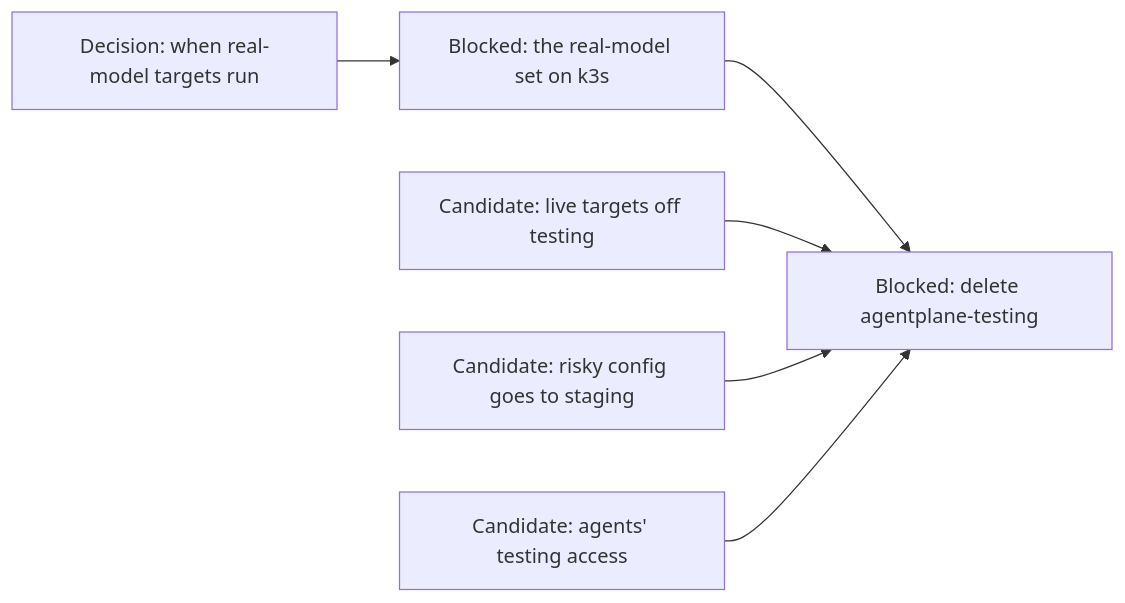
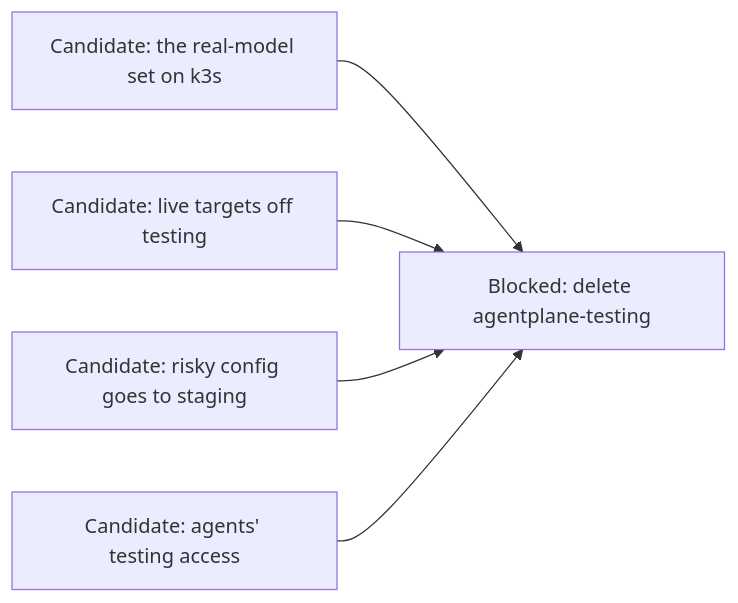
Diagram 18 of 19 in agentplane/plans/task_dag.md (agentydragon-agent/ducktape), drawn with Mermaid before and after one commit. The commit also changed other lines of this file and 1 other file, not shown here.

First line of the commit message:
agentplane: real-model system tests reuse the live-openai key

````diff
--- a/agentplane/plans/task_dag.md
+++ b/agentplane/plans/task_dag.md
@@ -1933,14 +1932,12 @@
 ```mermaid
 flowchart LR
-    K3S_MODEL_CREDENTIALS[Decision: when real-model targets run]
-    K3S_MODEL_SCENARIOS[Blocked: the real-model set on k3s]
+    K3S_MODEL_SCENARIOS[Candidate: the real-model set on k3s]
     LIVE_TARGETS_OFF_TESTING[Candidate: live targets off testing]
     STAGING_FIRST_ROLLOUT[Candidate: risky config goes to staging]
     AGENT_TESTING_ACCESS_RETIRE[Candidate: agents' testing access]
     TESTING_ENVIRONMENT_RETIRE[Blocked: delete agentplane-testing]
-    K3S_MODEL_CREDENTIALS --> K3S_MODEL_SCENARIOS
     K3S_MODEL_SCENARIOS --> TESTING_ENVIRONMENT_RETIRE
     LIVE_TARGETS_OFF_TESTING --> TESTING_ENVIRONMENT_RETIRE
     STAGING_FIRST_ROLLOUT --> TESTING_ENVIRONMENT_RETIRE
     AGENT_TESTING_ACCESS_RETIRE --> TESTING_ENVIRONMENT_RETIRE
 ```
````
